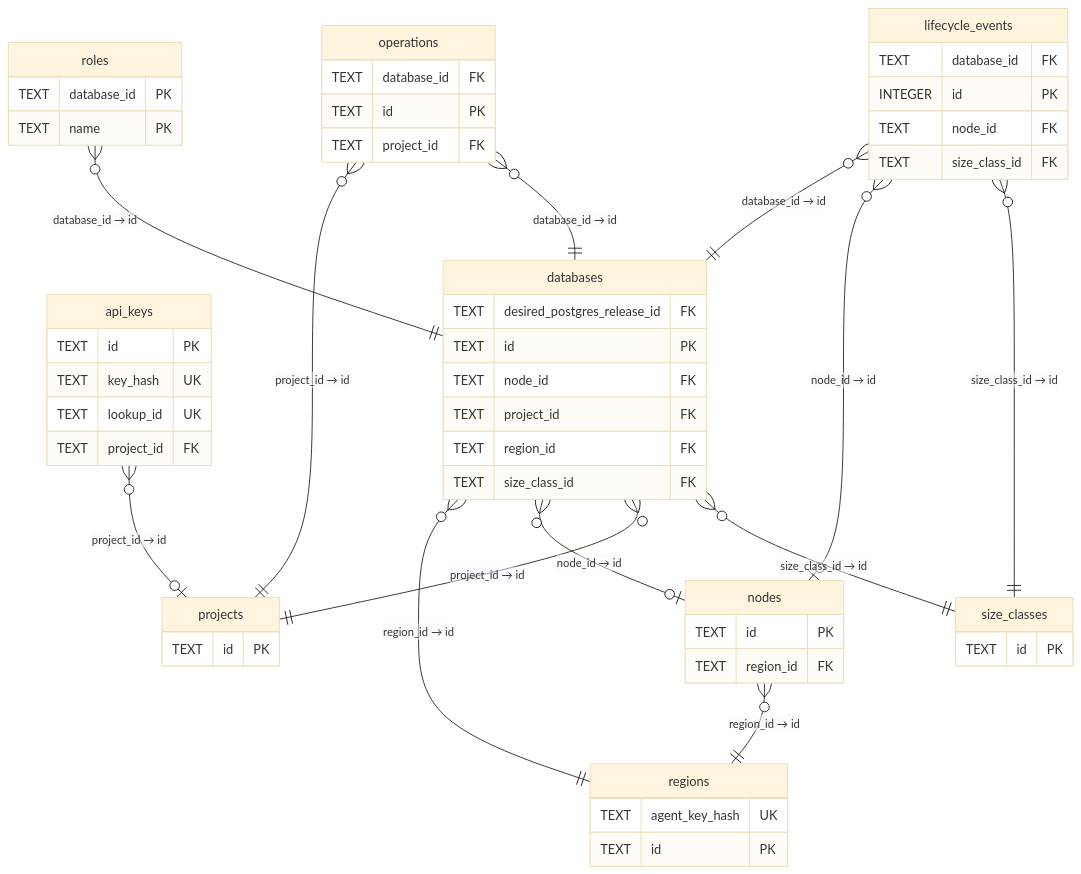
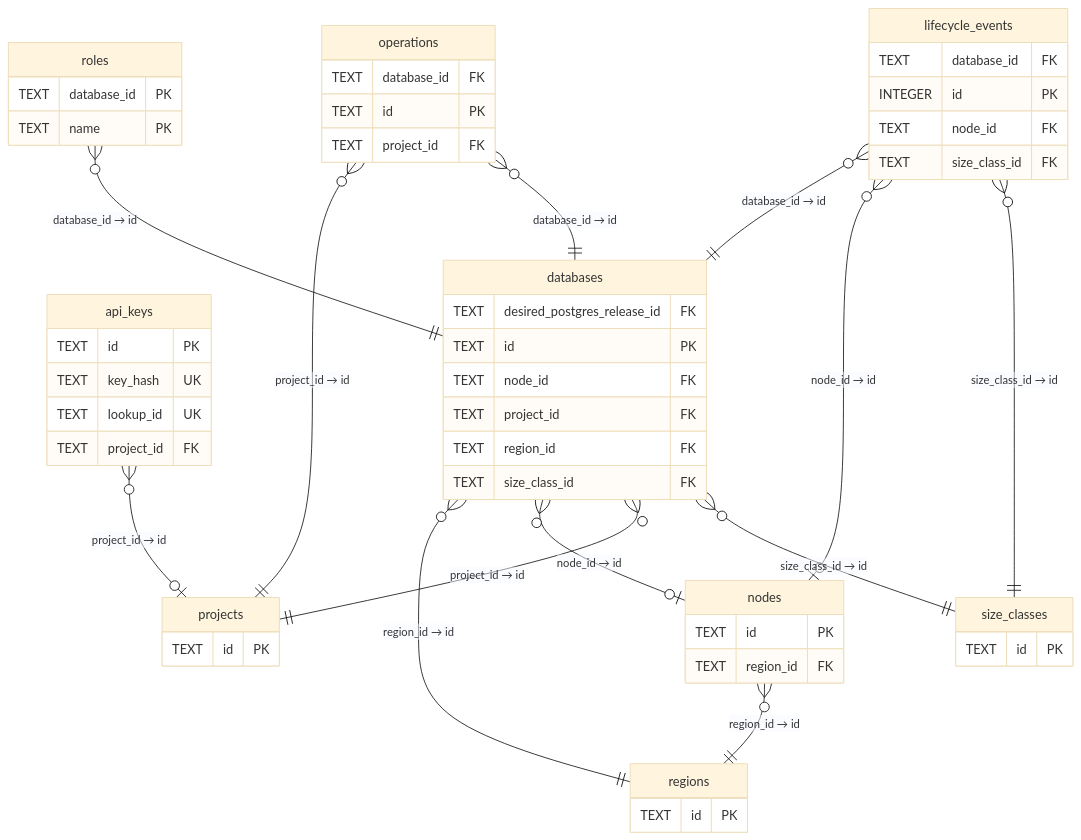
Before and after one commit to amerged-org/cloudflare-postgres: the diagram in docs/architecture/mermaider/d1-core.mmd, drawn with Mermaid (base theme). The commit also changed 171 other files, not shown here.

```diff
--- a/docs/architecture/mermaider/d1-core.mmd
+++ b/docs/architecture/mermaider/d1-core.mmd
@@ -1,56 +1,55 @@
 erDiagram
     n_62201d615e26["regions"] {
-        TEXT agent_key_hash UK
         TEXT id PK
     }
     n_1f9b9d5b8614["roles"] {
         TEXT database_id PK
         TEXT name PK
     }
     n_58f669cf5603["size_classes"] {
         TEXT id PK
     }
     n_1b1cae9180e6["operations"] {
         TEXT database_id FK
         TEXT id PK
         TEXT project_id FK
     }
     n_bed86ed15f2a["api_keys"] {
         TEXT id PK
         TEXT key_hash UK
         TEXT lookup_id UK
         TEXT project_id FK
     }
     n_c801169360a4["lifecycle_events"] {
         TEXT database_id FK
         INTEGER id PK
         TEXT node_id FK
         TEXT size_class_id FK
     }
     n_d767846eb139["nodes"] {
         TEXT id PK
         TEXT region_id FK
     }
     n_2bf2587cd333["projects"] {
         TEXT id PK
     }
     n_c9267dd990d0["databases"] {
         TEXT desired_postgres_release_id FK
         TEXT id PK
         TEXT node_id FK
         TEXT project_id FK
         TEXT region_id FK
         TEXT size_class_id FK
     }
     n_bed86ed15f2a }o--|o n_2bf2587cd333 : "project_id → id"
     n_1b1cae9180e6 }o--|| n_c9267dd990d0 : "database_id → id"
     n_c801169360a4 }o--|| n_58f669cf5603 : "size_class_id → id"
     n_c801169360a4 }o--|o n_d767846eb139 : "node_id → id"
     n_c9267dd990d0 }o--|| n_58f669cf5603 : "size_class_id → id"
     n_c801169360a4 }o--|| n_c9267dd990d0 : "database_id → id"
     n_d767846eb139 }o--|| n_62201d615e26 : "region_id → id"
     n_c9267dd990d0 }o--|| n_2bf2587cd333 : "project_id → id"
     n_1f9b9d5b8614 }o--|| n_c9267dd990d0 : "database_id → id"
     n_1b1cae9180e6 }o--|| n_2bf2587cd333 : "project_id → id"
     n_c9267dd990d0 }o--|o n_d767846eb139 : "node_id → id"
     n_c9267dd990d0 }o--|| n_62201d615e26 : "region_id → id"
```
